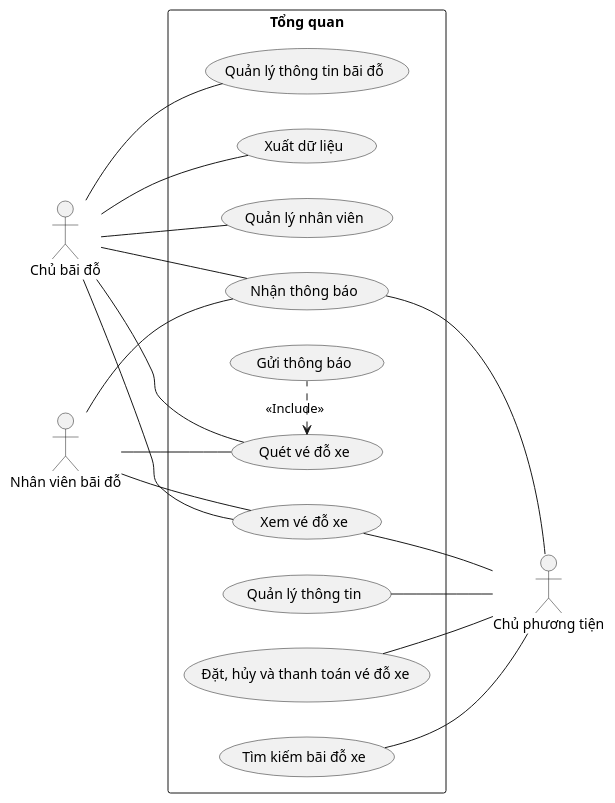
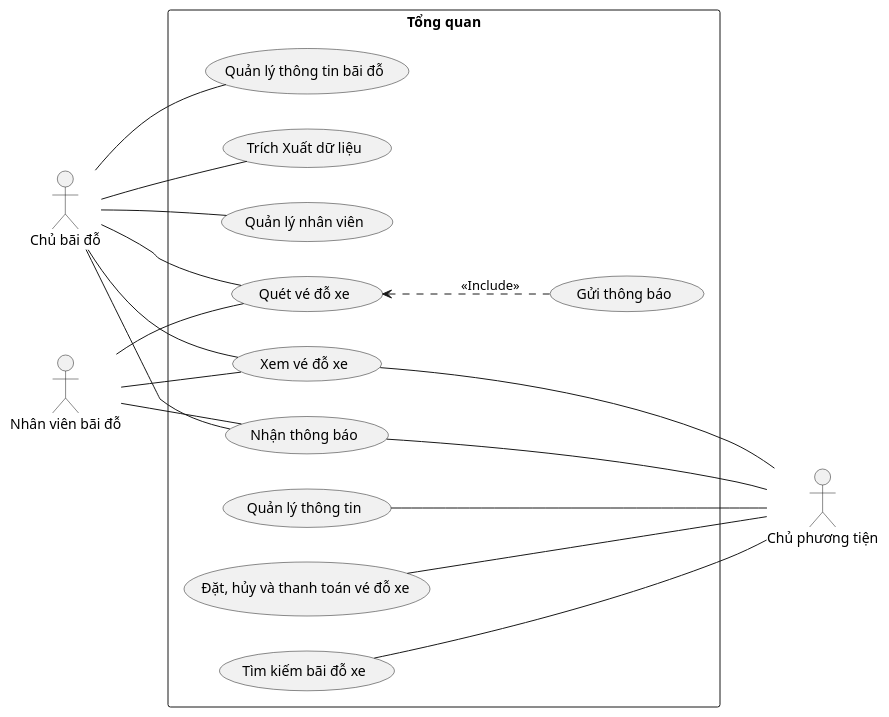
One commit to hieutbui/graduation-diagram changed the diagram in usecase/general.wsd. Above: the diagram before and after it, drawn with PlantUML.

Commit message:
Update general use case

```diff
--- a/usecase/general.wsd
+++ b/usecase/general.wsd
@@ -1,32 +1,32 @@
 @startuml general
 
 left to right direction
 skinparam packageStyle rect
 
 actor "Chủ bãi đỗ" as ParkingOwner
 actor "Nhân viên bãi đỗ" as ParkingStaff
 
 actor "Chủ phương tiện" as VehicleOwner
 
 rectangle "Tổng quan" as GeneralDiagram {
   'ParkingStaff'
     ParkingStaff -- (Xem vé đỗ xe)
     ParkingStaff -- (Nhận thông báo)
     ParkingStaff -- (Quét vé đỗ xe)
   'ParkingOwner'
     ParkingOwner -- (Quản lý thông tin bãi đỗ)
     ParkingOwner -- (Xem vé đỗ xe)
-    ParkingOwner -- (Xuất dữ liệu)
+    ParkingOwner -- (Trích Xuất dữ liệu)
     ParkingOwner -- (Nhận thông báo)
     ParkingOwner -- (Quét vé đỗ xe)
     ParkingOwner -- (Quản lý nhân viên)
   'VehicleOwner'
-    (Nhận thông báo) - VehicleOwner
-    (Quản lý thông tin) -- VehicleOwner
-    (Đặt, hủy và thanh toán vé đỗ xe) -- VehicleOwner
-    (Tìm kiếm bãi đỗ xe) -- VehicleOwner
-    (Xem vé đỗ xe) -- VehicleOwner
+    (Nhận thông báo) -- VehicleOwner
+    (Quản lý thông tin) --- VehicleOwner
+    (Đặt, hủy và thanh toán vé đỗ xe) --- VehicleOwner
+    (Tìm kiếm bãi đỗ xe) --- VehicleOwner
+    (Xem vé đỗ xe) --- VehicleOwner
   'Ext use case'
-    (Gửi thông báo) .left.> (Quét vé đỗ xe): <<Include>>
+    (Gửi thông báo) .up.> (Quét vé đỗ xe): <<Include>>
 }
 @enduml
```
